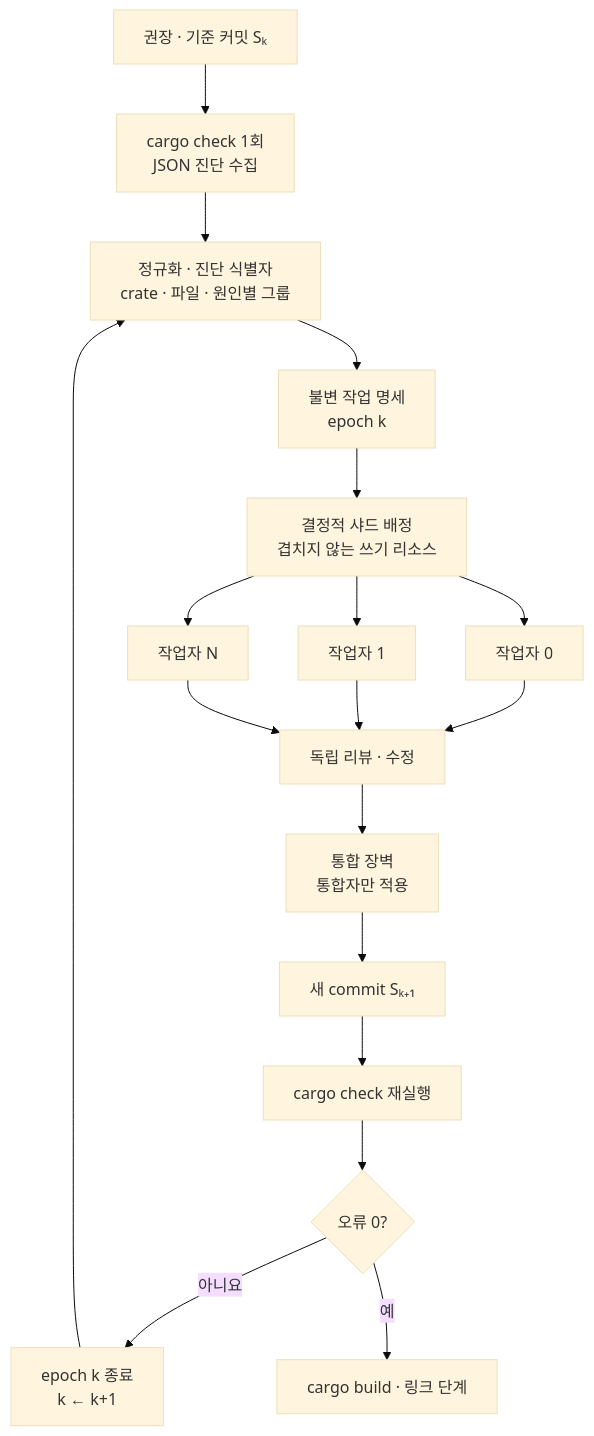
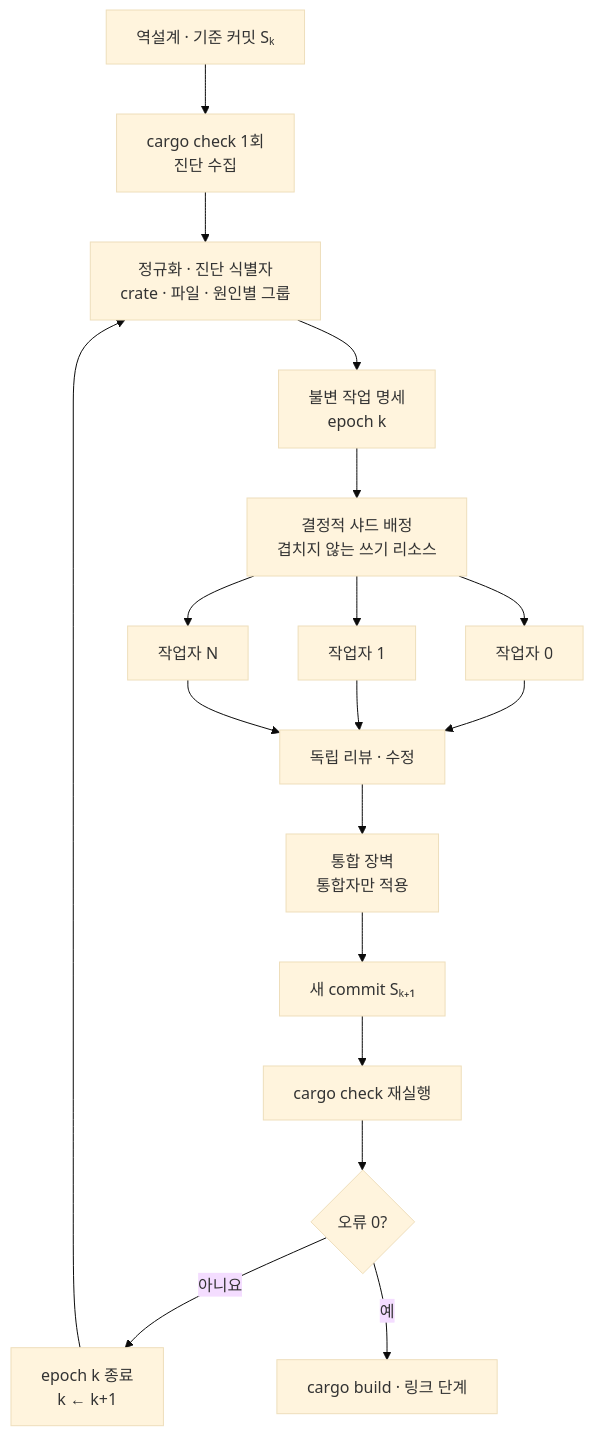
Before and after one commit to kimchanhyung98/agentic-workflows: the third of 6 diagrams in bun-rust/00-diagram.md, drawn with Mermaid (base theme). The commit also changed other lines of this file and 4 other files, not shown here.

````diff
--- a/bun-rust/00-diagram.md
+++ b/bun-rust/00-diagram.md
@@ -66,20 +60,20 @@
 ```mermaid
 flowchart TD
-    S["권장 · 기준 커밋 Sₖ"] --> C["cargo check 1회<br/>JSON 진단 수집"]
+    S["역설계 · 기준 커밋 Sₖ"] --> C["cargo check 1회<br/>진단 수집"]
     C --> N["정규화 · 진단 식별자<br/>crate · 파일 · 원인별 그룹"]
     N --> M["불변 작업 명세<br/>epoch k"]
     M --> D["결정적 샤드 배정<br/>겹치지 않는 쓰기 리소스"]
     D --> W1["작업자 0"]
     D --> W2["작업자 1"]
     D --> W3["작업자 N"]
     W1 --> R["독립 리뷰 · 수정"]
     W2 --> R
     W3 --> R
     R --> B["통합 장벽<br/>통합자만 적용"]
     B --> S2["새 commit Sₖ₊₁"]
     S2 --> C2["cargo check 재실행"]
     C2 --> Q{"오류 0?"}
     Q -- "아니요" --> X["epoch k 종료<br/>k ← k+1"]
     X --> N
     Q -- "예" --> L["cargo build · 링크 단계"]
 ```
````
